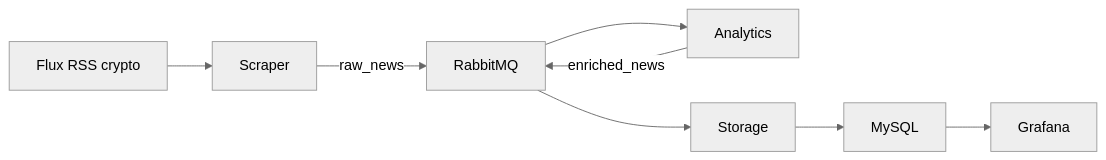
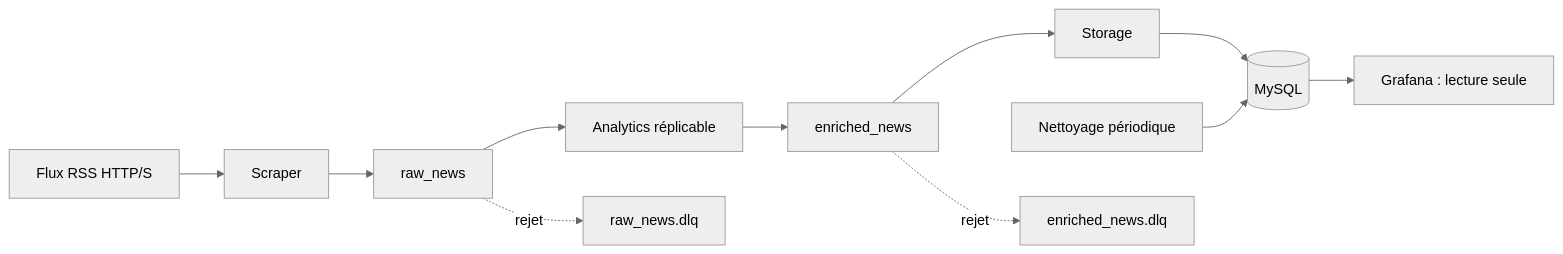
One commit to Immooo/CriptoVizz changed the diagram in README.md. Above: the diagram before and after it, drawn with Mermaid (neutral theme). The commit also changed other lines of this file and 44 other files, not shown here.

````diff
--- a/README.md
+++ b/README.md
@@ -62,10 +9,13 @@
 ```mermaid
 flowchart LR
-  RSS[Flux RSS crypto] --> Scraper
-  Scraper -->|raw_news| RabbitMQ
-  RabbitMQ --> Analytics
-  Analytics -->|enriched_news| RabbitMQ
-  RabbitMQ --> Storage
-  Storage --> MySQL
-  MySQL --> Grafana
+  RSS[Flux RSS HTTP/S] --> scrap[Scraper]
+  scrap --> raw[raw_news]
+  raw --> analytics[Analytics réplicable]
+  analytics --> enriched[enriched_news]
+  enriched --> storage[Storage]
+  storage --> mysql[(MySQL)]
+  mysql --> grafana[Grafana : lecture seule]
+  clean[Nettoyage périodique] --> mysql
+  raw -. rejet .-> rawdlq[raw_news.dlq]
+  enriched -. rejet .-> dlq[enriched_news.dlq]
 ```
````
